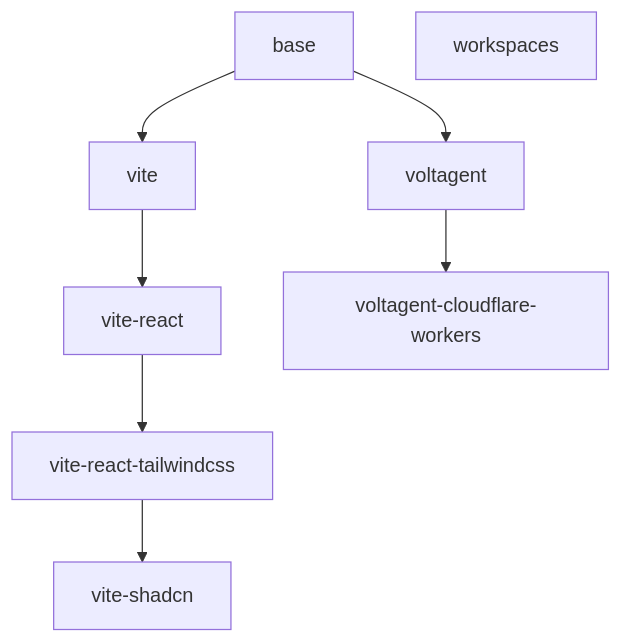
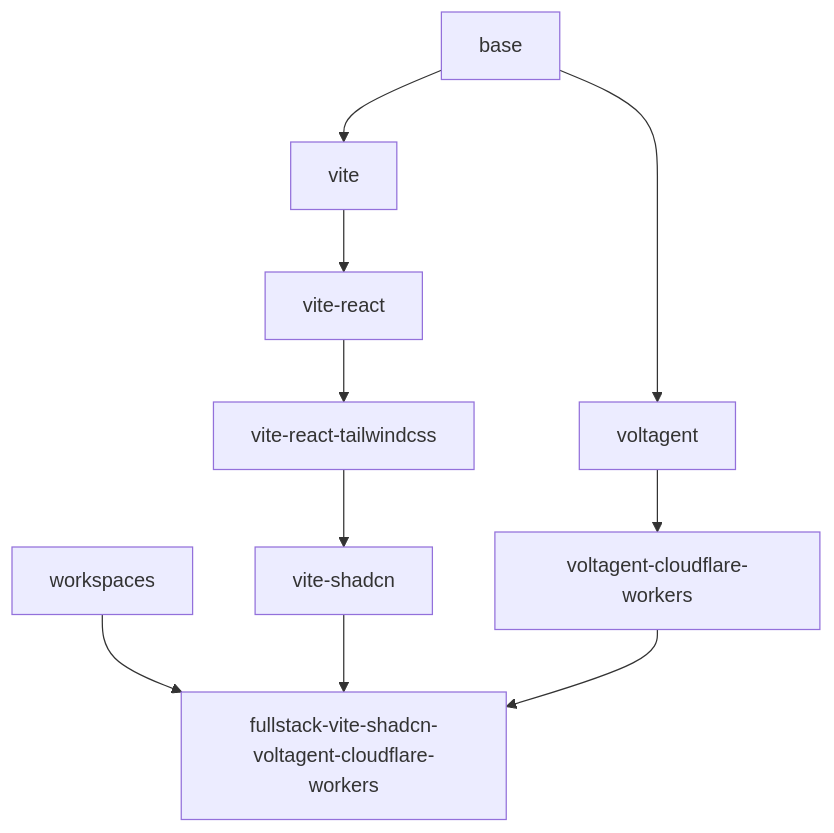
The diagram in README.md (sakkeam/bun-templates), drawn with Mermaid before and after one commit. The commit also changed other lines of this file and 46 other files, not shown here.

````diff
--- a/README.md
+++ b/README.md
@@ -67,13 +76,17 @@
 ```mermaid
 flowchart TD
     base
     workspaces
 
     base --> vite
     vite --> vite-react
     vite-react --> vite-react-tailwindcss
     vite-react-tailwindcss --> vite-shadcn
 
     base --> voltagent
     voltagent --> voltagent-cloudflare-workers
+
+    workspaces --> fullstack-vite-shadcn-voltagent-cloudflare-workers
+    vite-shadcn --> fullstack-vite-shadcn-voltagent-cloudflare-workers
+    voltagent-cloudflare-workers --> fullstack-vite-shadcn-voltagent-cloudflare-workers
 ```
````
